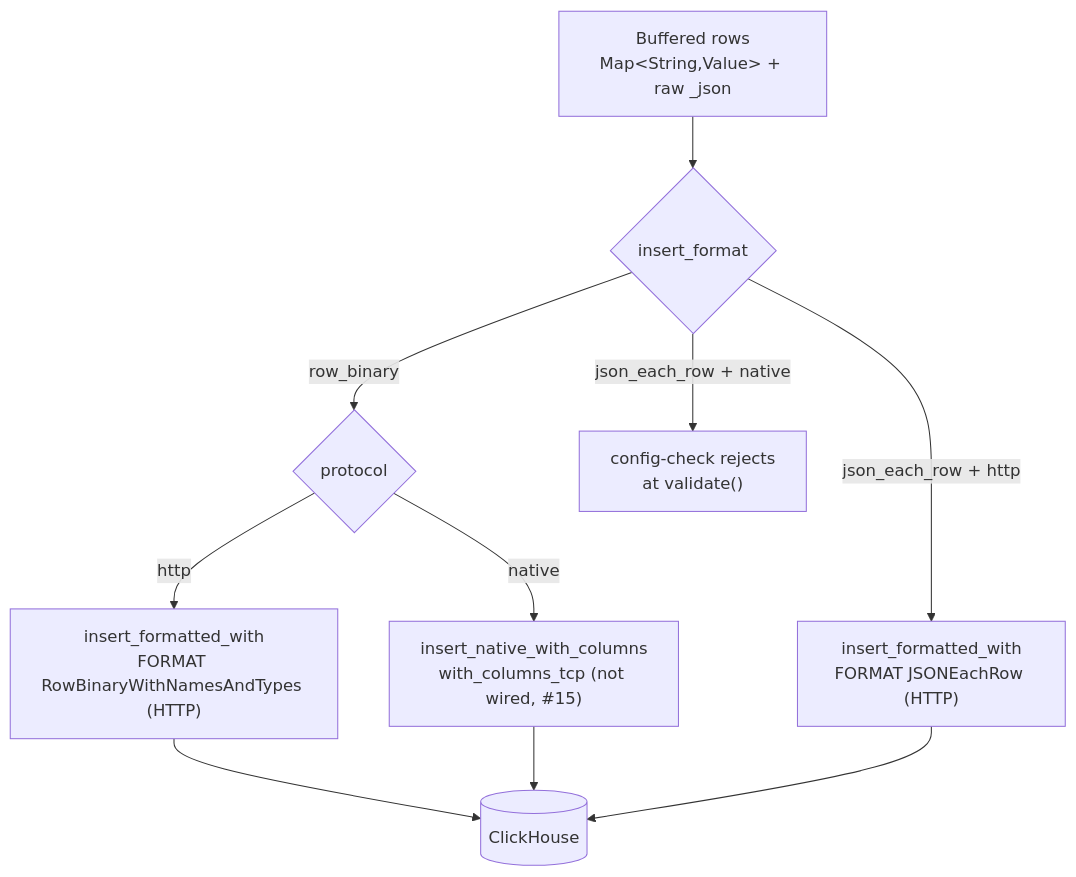
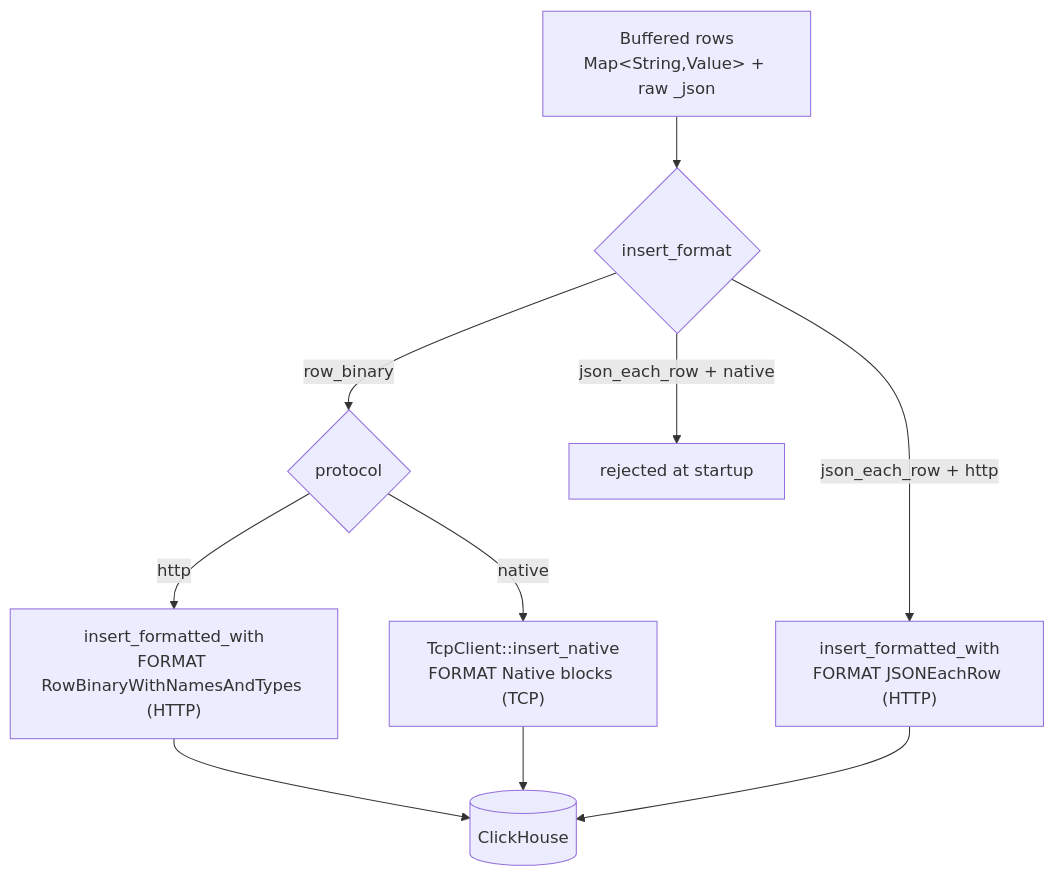
The diagram in docs/clickhouse/insert-formats.md (hyperi-io/dfe-loader), drawn with Mermaid before and after one commit. The commit also changed other lines of this file and 77 other files, not shown here.

````diff
--- a/docs/clickhouse/insert-formats.md
+++ b/docs/clickhouse/insert-formats.md
@@ -23,18 +19,18 @@
 ```mermaid
 flowchart TB
     ROW["Buffered rows<br/>Map&lt;String,Value&gt; + raw _json"]
     F{"insert_format"}
     T{"protocol"}
     RBH["insert_formatted_with<br/>FORMAT RowBinaryWithNamesAndTypes (HTTP)"]
-    RBT["insert_native_with_columns<br/>with_columns_tcp (not wired, #15)"]
+    RBT["TcpClient::insert_native<br/>FORMAT Native blocks (TCP)"]
     JE["insert_formatted_with<br/>FORMAT JSONEachRow (HTTP)"]
-    REJ["config-check rejects<br/>at validate()"]
+    REJ["rejected at startup"]
     CH[("ClickHouse")]
 
     ROW --> F
     F -->|row_binary| T
     T -->|http| RBH --> CH
     T -->|native| RBT --> CH
     F -->|json_each_row + http| JE --> CH
     F -->|json_each_row + native| REJ
 ```
````
